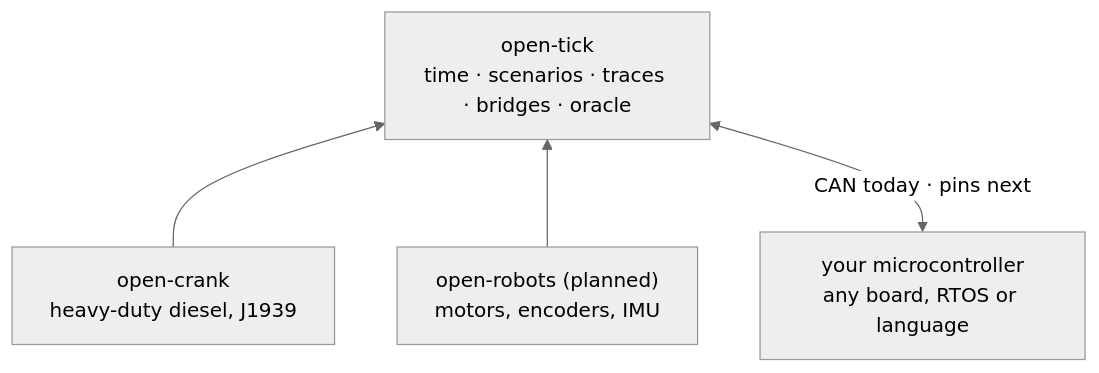
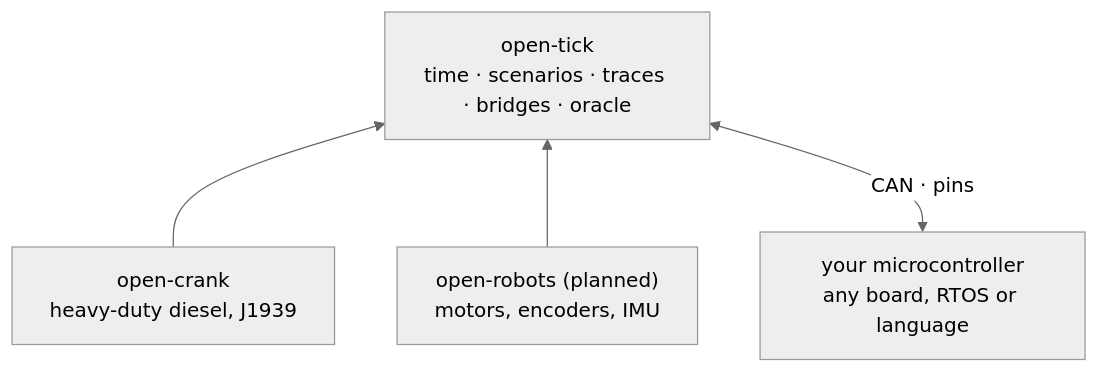
One commit to Open-Heavy-Machinery/.github changed the diagram in profile/README.md. Above: the diagram before and after it, drawn with Mermaid (neutral theme). The commit also changed other lines of this file, not shown here.

````diff
--- a/profile/README.md
+++ b/profile/README.md
@@ -59,10 +59,10 @@
 ```mermaid
 flowchart BT
     T["open-tick<br/>time · scenarios · traces · bridges · oracle"]
     C["open-crank<br/>heavy-duty diesel, J1939"]
     R["open-robots (planned)<br/>motors, encoders, IMU"]
     M["your microcontroller<br/>any board, RTOS or language"]
     C --> T
     R --> T
-    M <-->|"CAN today · pins next"| T
+    M <-->|"CAN · pins"| T
 ```
````
